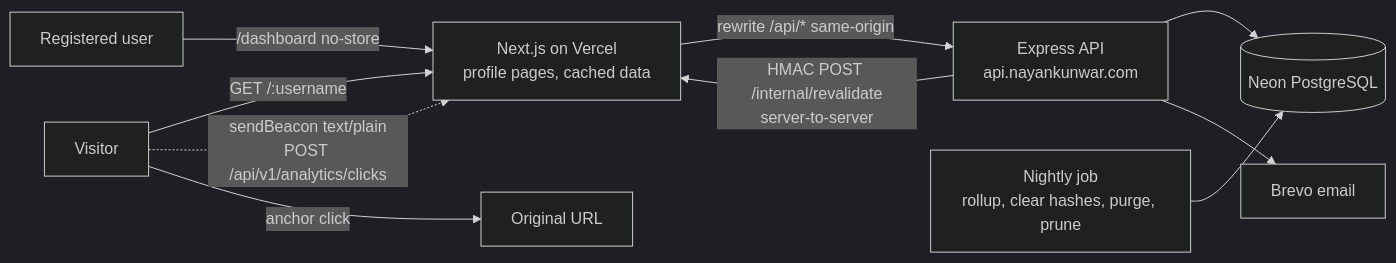
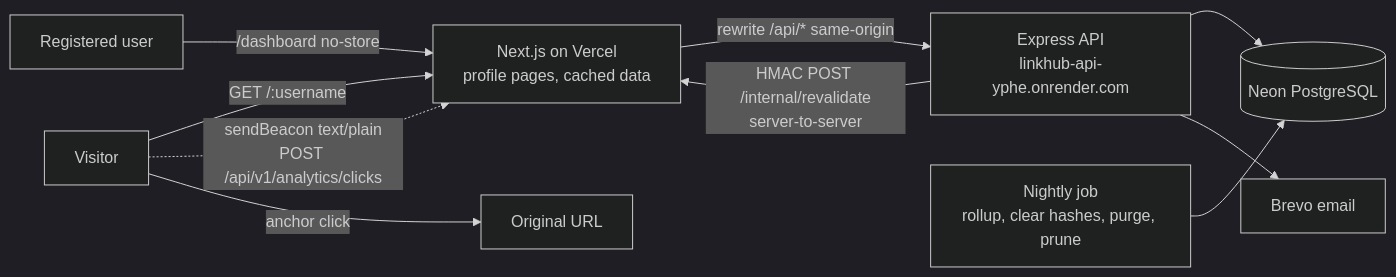
One commit to nayan-kunwar/LinkHub changed the first of 2 diagrams in link-hub-architecture.md. Above: the diagram before and after it, drawn with Mermaid (dark theme). The commit also changed other lines of this file and 12 other files, not shown here.

````diff
--- a/link-hub-architecture.md
+++ b/link-hub-architecture.md
@@ -176,12 +176,12 @@
 ```mermaid
 flowchart LR
     V[Visitor] -->|GET /:username| W[Next.js on Vercel<br/>profile pages, cached data]
     U[Registered user] -->|/dashboard no-store| W
-    W -->|rewrite /api/* same-origin| A[Express API<br/>api.nayankunwar.com]
+    W -->|rewrite /api/* same-origin| A[Express API<br/>linkhub-api-yphe.onrender.com]
     V -.->|sendBeacon text/plain<br/>POST /api/v1/analytics/clicks| W
     V -->|anchor click| X[Original URL]
     A --> P[(Neon PostgreSQL)]
     A -->|HMAC POST /internal/revalidate<br/>server-to-server| W
     A --> M[Brevo email]
     J[Nightly job<br/>rollup, clear hashes, purge, prune] --> P
 ```
````
